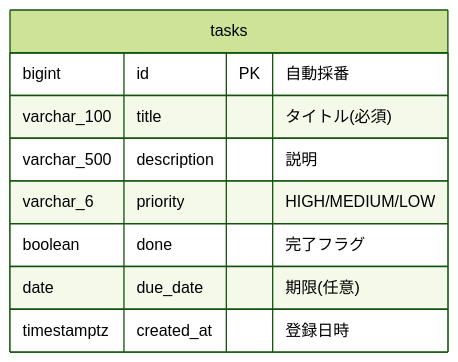
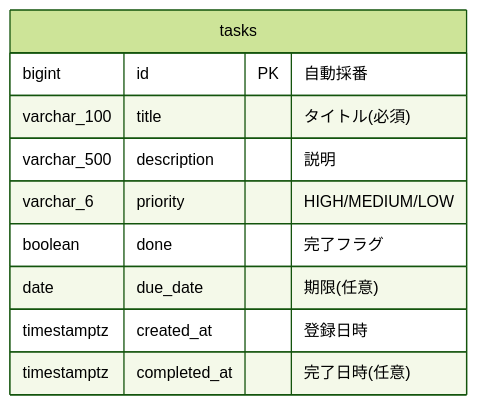
One commit to jt-yamaguchi/my-training-task-copilot changed the diagram in docs/design/task/03_基本設計.md. Above: the diagram before and after it, drawn with Mermaid (forest theme). The commit also changed other lines of this file and 12 other files, not shown here.

````diff
--- a/docs/design/task/03_基本設計.md
+++ b/docs/design/task/03_基本設計.md
@@ -61,12 +65,13 @@
 ```mermaid
 erDiagram
     tasks {
         bigint id PK "自動採番"
         varchar_100 title "タイトル(必須)"
         varchar_500 description "説明"
         varchar_6 priority "HIGH/MEDIUM/LOW"
         boolean done "完了フラグ"
         date due_date "期限(任意)"
         timestamptz created_at "登録日時"
+        timestamptz completed_at "完了日時(任意)"
     }
 ```
````
